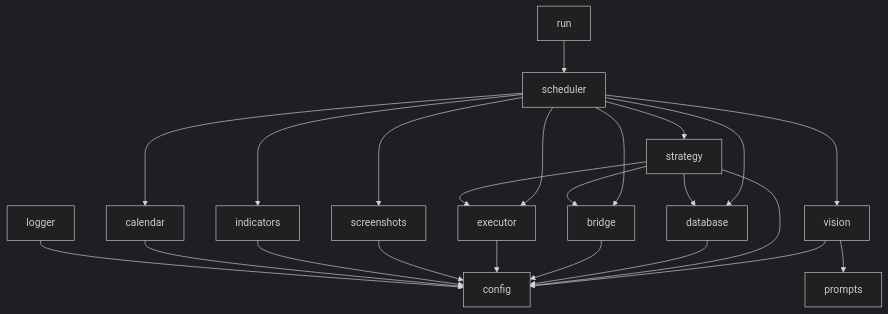
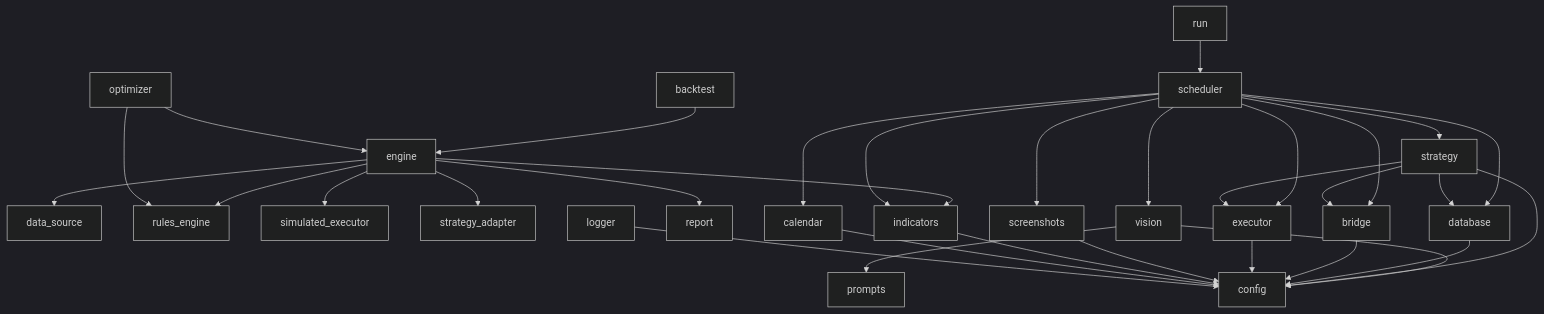
Before and after one commit to Doulla1/trading-bot-mt5: the third of 3 diagrams in docs/content/3-architecture/architecture-globale.md, drawn with Mermaid (dark theme). The commit also changed other lines of this file and 33 other files, not shown here.

First line of the commit message:
feat(backtest): ajout du backtesteur hybride avec RuleEngine deterministe

````diff
--- a/docs/content/3-architecture/architecture-globale.md
+++ b/docs/content/3-architecture/architecture-globale.md
@@ -169,25 +159,34 @@
 ```mermaid
 flowchart TD
     run --> scheduler
+    backtest --> engine
+    engine --> data_source
+    engine --> rules_engine
+    engine --> simulated_executor
+    engine --> strategy_adapter
+    engine --> indicators
+    engine --> report
+    optimizer --> engine
+    optimizer --> rules_engine
     scheduler --> bridge
     scheduler --> screenshots
     scheduler --> indicators
     scheduler --> executor
     scheduler --> calendar
     scheduler --> database
     scheduler --> vision
     scheduler --> strategy
     vision --> prompts
     vision --> config
     strategy --> bridge
     strategy --> executor
     strategy --> database
     strategy --> config
     database --> config
     bridge --> config
     executor --> config
     screenshots --> config
     indicators --> config
     calendar --> config
     logger --> config
 ```
````
